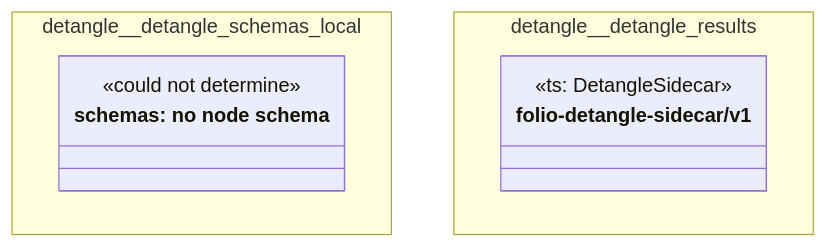
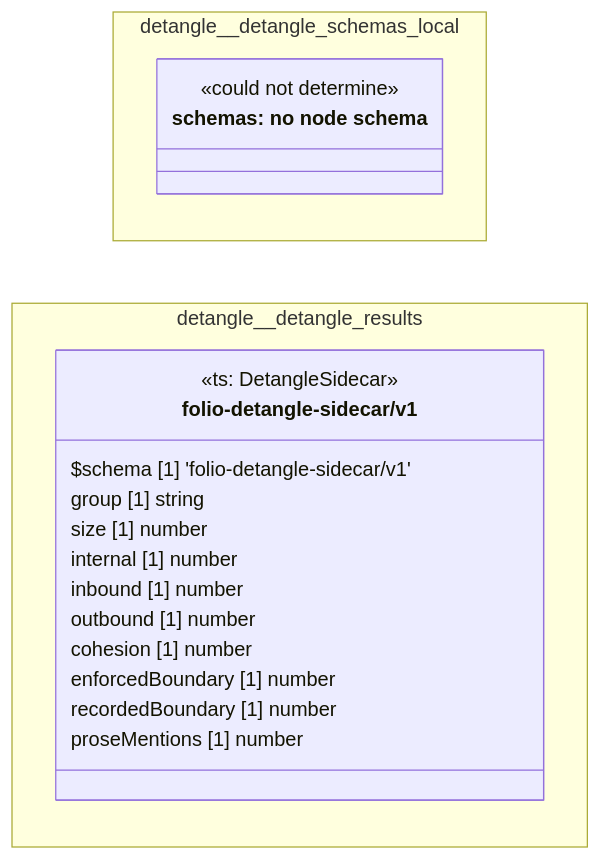
One commit to litlfred/folio-assistant changed the diagram in cat-harness/docs/uml/overview/detangle.md. Above: the diagram before and after it, drawn with Mermaid. The commit also changed 92 other files, not shown here.

First line of the commit message:
uml: data fields and a vertical stack on the overview; PlantUML coloured from uml.css

````diff
--- a/cat-harness/docs/uml/overview/detangle.md
+++ b/cat-harness/docs/uml/overview/detangle.md
@@ -12,17 +12,27 @@
 ```mermaid
 classDiagram
-  direction TB
+  direction LR
   namespace detangle__detangle_schemas_local {
     class n_detangle_detangle_schemas_local_schemas["schemas: no node schema"] {
       <<could not determine>>
     }
   }
   namespace detangle__detangle_results {
     class detangle_detangle_results_folio_detangle_sidecar_v1["folio-detangle-sidecar/v1"] {
       <<ts: DetangleSidecar>>
+      $schema [1] 'folio-detangle-sidecar/v1'
+      group [1] string
+      size [1] number
+      internal [1] number
+      inbound [1] number
+      outbound [1] number
+      cohesion [1] number
+      enforcedBoundary [1] number
+      recordedBoundary [1] number
+      proseMentions [1] number
     }
   }
   cssClass "n_detangle_detangle_schemas_local_schemas" fa_uml_kind_schemas
   cssClass "n_detangle_detangle_schemas_local_schemas" fa_uml_undetermined
   cssClass "detangle_detangle_results_folio_detangle_sidecar_v1" fa_uml_kind_qa
 ```
````
